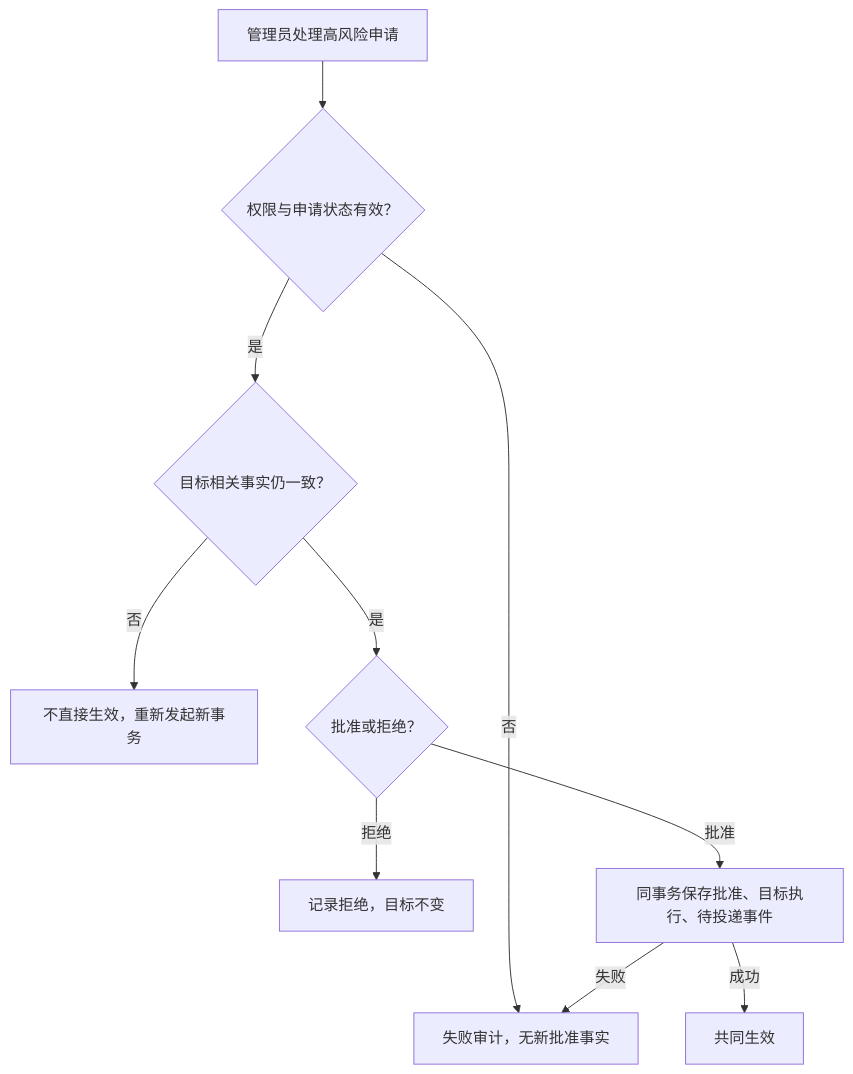
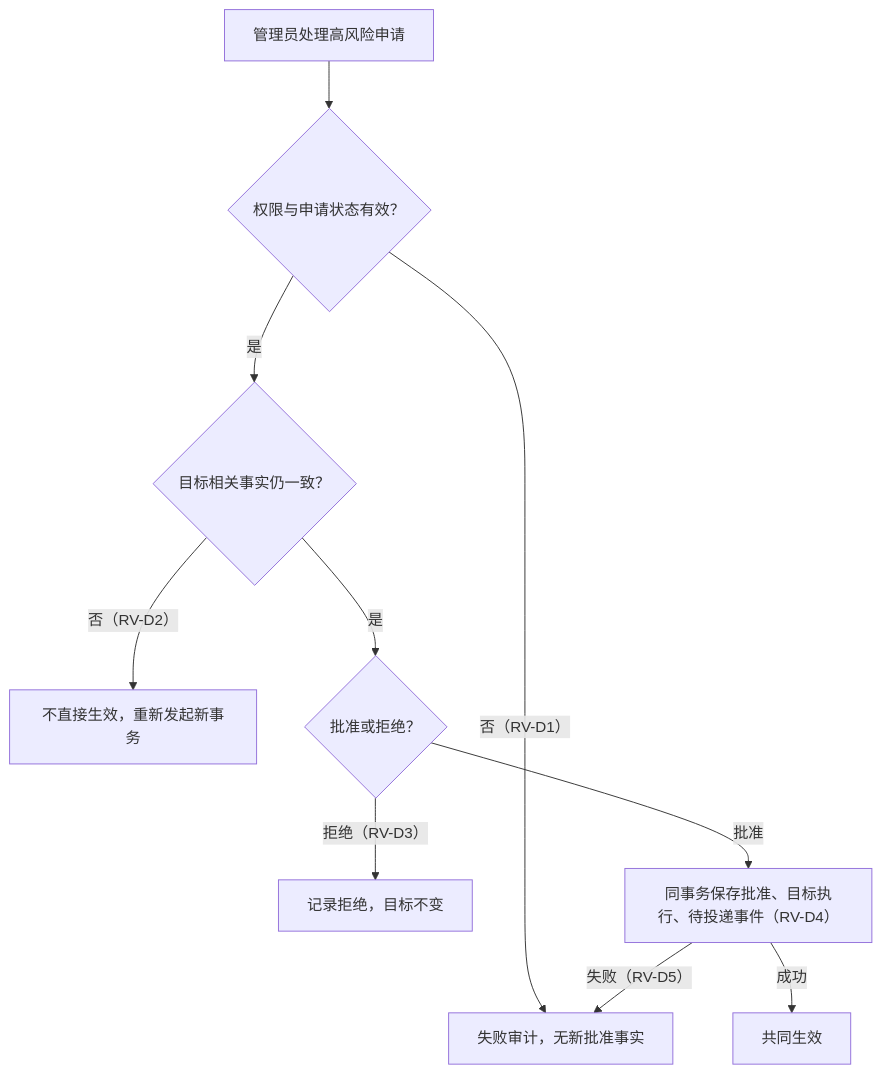
The eighth of 9 diagrams in docs/02-overall-design/MLS-DOC-OD-0003.md (whitecait/MyLibrarySystem), drawn with Mermaid before and after one commit. The commit also changed other lines of this file and 2 other files, not shown here.

````diff
--- a/docs/02-overall-design/MLS-DOC-OD-0003.md
+++ b/docs/02-overall-design/MLS-DOC-OD-0003.md
@@ -243,12 +279,12 @@
 ```mermaid
 flowchart TD
     A["管理员处理高风险申请"] --> B{"权限与申请状态有效？"}
-    B -->|"否"| E["失败审计，无新批准事实"]
+    B -->|"否（RV-D1）"| E["失败审计，无新批准事实"]
     B -->|"是"| C{"目标相关事实仍一致？"}
-    C -->|"否"| NEW["不直接生效，重新发起新事务"]
+    C -->|"否（RV-D2）"| NEW["不直接生效，重新发起新事务"]
     C -->|"是"| D{"批准或拒绝？"}
-    D -->|"拒绝"| R["记录拒绝，目标不变"]
-    D -->|"批准"| TX["同事务保存批准、目标执行、待投递事件"]
+    D -->|"拒绝（RV-D3）"| R["记录拒绝，目标不变"]
+    D -->|"批准"| TX["同事务保存批准、目标执行、待投递事件（RV-D4）"]
     TX -->|"成功"| DONE["共同生效"]
-    TX -->|"失败"| E
+    TX -->|"失败（RV-D5）"| E
 ```
````
